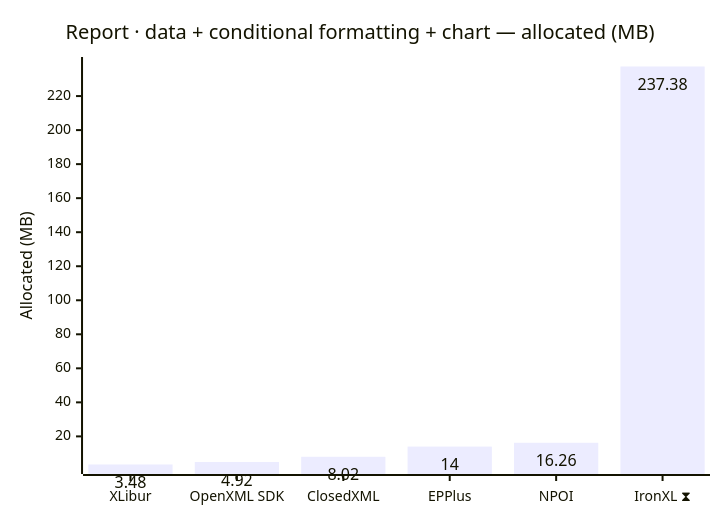
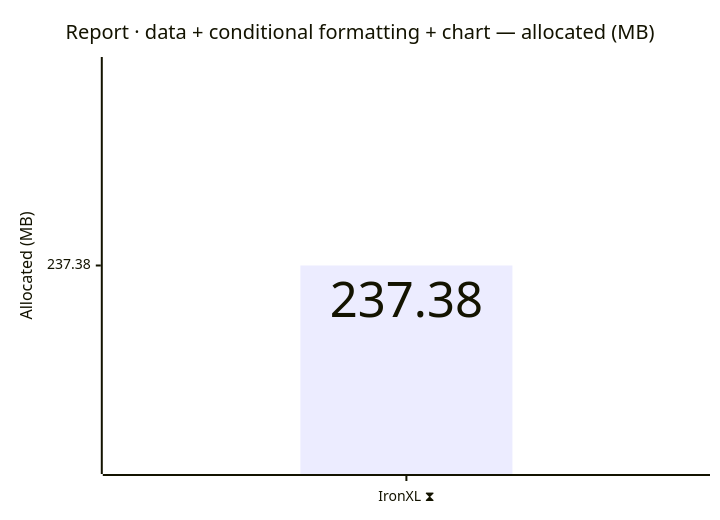
Before and after one commit to jafin/XLBench: the eighth of 12 diagrams in docs/results.md, drawn with Mermaid. The commit also changed other lines of this file and 2 other files, not shown here.

First line of the commit message:
chore(deps): bump XLibur to 0.310.1-beta.5 and republish

````diff
--- a/docs/results.md
+++ b/docs/results.md
@@ -130,12 +130,12 @@
 ```mermaid
 ---
 config:
   xyChart:
     showDataLabel: true
 ---
 xychart-beta
     title "Report · data + conditional formatting + chart — allocated (MB)"
-    x-axis ["XLibur", "OpenXML SDK", "ClosedXML", "EPPlus", "NPOI", "IronXL ⧗"]
+    x-axis ["IronXL ⧗"]
     y-axis "Allocated (MB)"
-    bar [3.48, 4.92, 8.02, 14, 16.26, 237.38]
+    bar [237.38]
 ```
````
